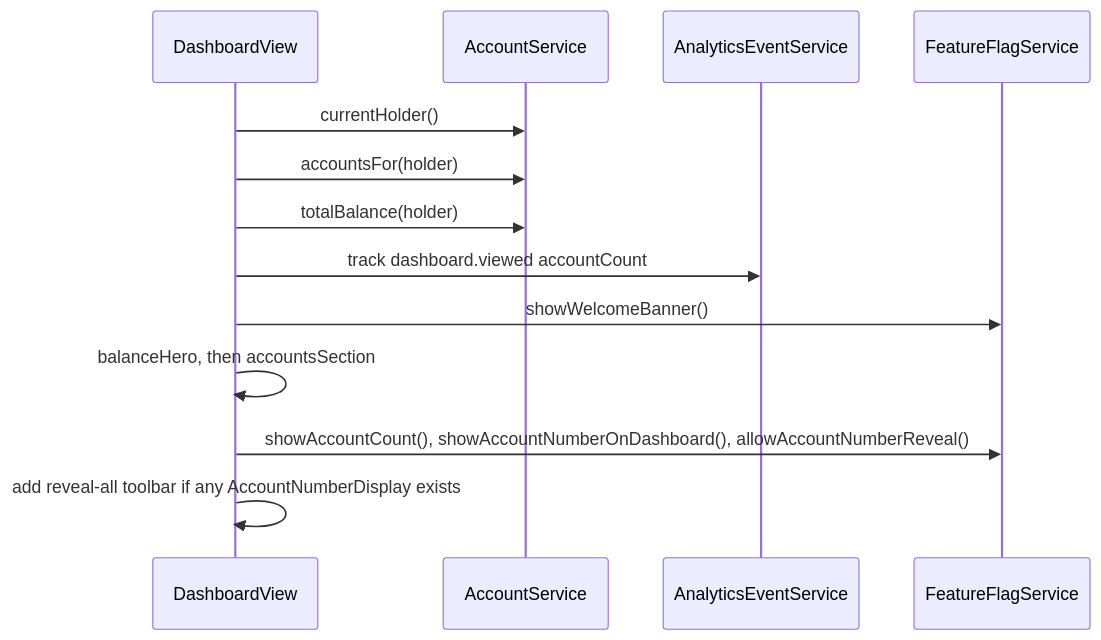
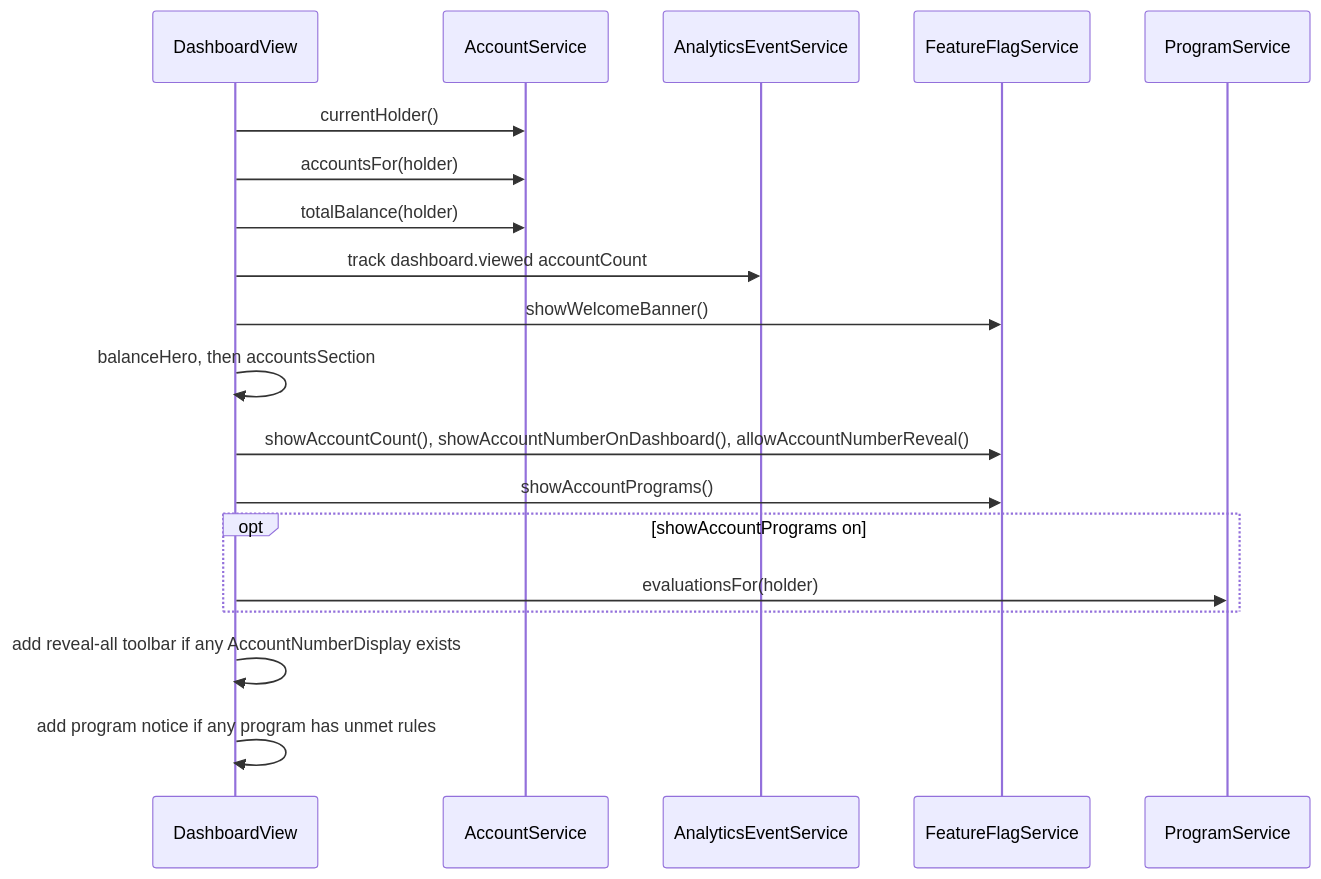
The diagram in droid-wiki/features/dashboard.md (factory-aj-pahl/mockingbird-bank), drawn with Mermaid before and after one commit. The commit also changed other lines of this file and 78 other files, not shown here.

First line of the commit message:
Add account programs with Regular and Youth Savings rules (SED-847) (#17)

````diff
--- a/droid-wiki/features/dashboard.md
+++ b/droid-wiki/features/dashboard.md
@@ -28,15 +30,21 @@
 ```mermaid
 sequenceDiagram
     participant V as DashboardView
     participant A as AccountService
     participant E as AnalyticsEventService
     participant F as FeatureFlagService
+    participant P as ProgramService
     V->>A: currentHolder()
     V->>A: accountsFor(holder)
     V->>A: totalBalance(holder)
     V->>E: track dashboard.viewed accountCount
     V->>F: showWelcomeBanner()
     V->>V: balanceHero, then accountsSection
     V->>F: showAccountCount(), showAccountNumberOnDashboard(), allowAccountNumberReveal()
+    V->>F: showAccountPrograms()
+    opt showAccountPrograms on
+        V->>P: evaluationsFor(holder)
+    end
     V->>V: add reveal-all toolbar if any AccountNumberDisplay exists
+    V->>V: add program notice if any program has unmet rules
 ```
````
